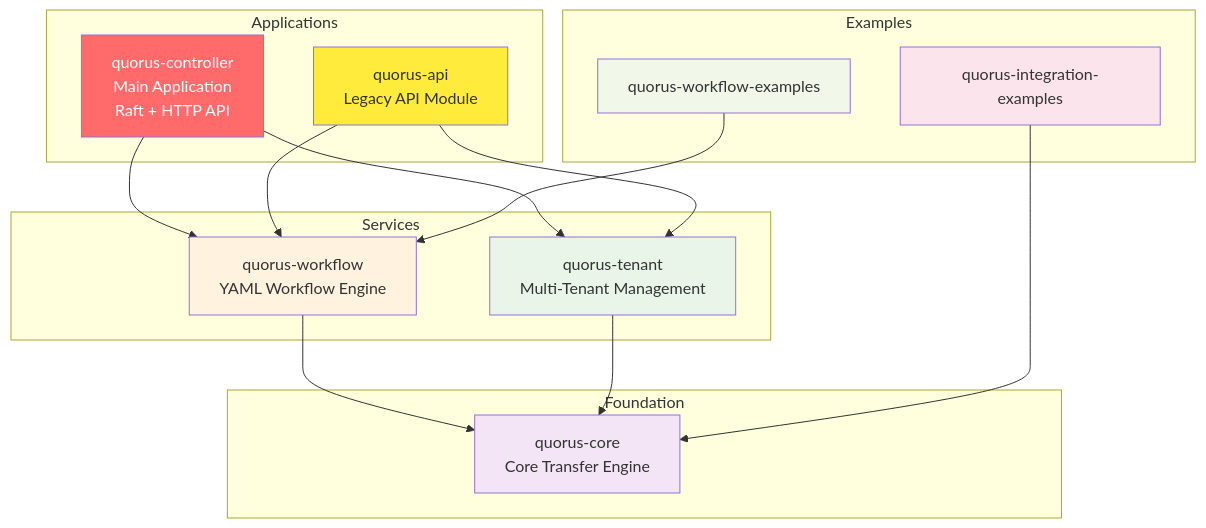
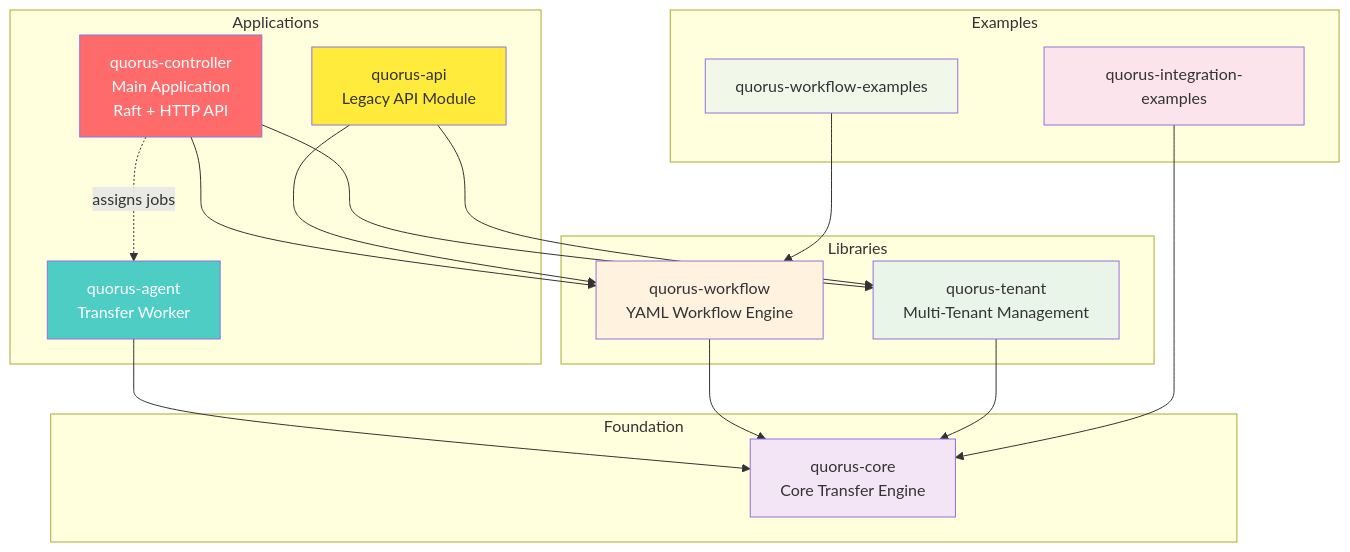
The second of 23 diagrams in docs/QUORUS_SYSTEM_DESIGN.md (mraysmit/quorus), drawn with Mermaid before and after one commit. The commit also changed other lines of this file and 27 other files, not shown here.

````diff
--- a/docs/QUORUS_SYSTEM_DESIGN.md
+++ b/docs/QUORUS_SYSTEM_DESIGN.md
@@ -180,38 +181,42 @@
 ```mermaid
 graph TB
     subgraph "Applications"
         QCT[quorus-controller<br/>Main Application<br/>Raft + HTTP API]
+        QAG[quorus-agent<br/>Transfer Worker]
         QA[quorus-api<br/>Legacy API Module]
     end
     
-    subgraph "Services"
+    subgraph "Libraries"
         QW[quorus-workflow<br/>YAML Workflow Engine]
         QT[quorus-tenant<br/>Multi-Tenant Management]
     end
     
     subgraph "Foundation"
         QC[quorus-core<br/>Core Transfer Engine]
     end
     
     subgraph "Examples"
         QIE[quorus-integration-examples]
         QWE[quorus-workflow-examples]
     end
     
     QCT --> QW
     QCT --> QT
+    QCT -.->|assigns jobs| QAG
+    QAG --> QC
     QA --> QW
     QA --> QT
     QW --> QC
     QT --> QC
     QIE --> QC
     QWE --> QW
 
     style QCT fill:#ff6b6b,color:#fff
+    style QAG fill:#4ecdc4,color:#fff
     style QA fill:#ffeb3b
     style QW fill:#fff3e0
     style QT fill:#e8f5e8
     style QC fill:#f3e5f5
     style QIE fill:#fce4ec
     style QWE fill:#f1f8e9
 ```
````
